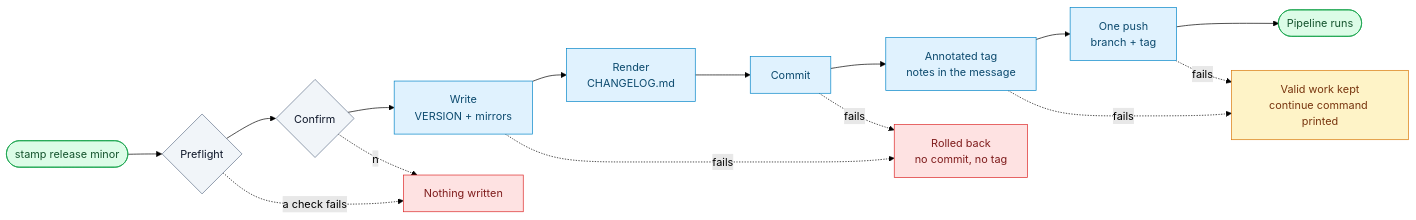
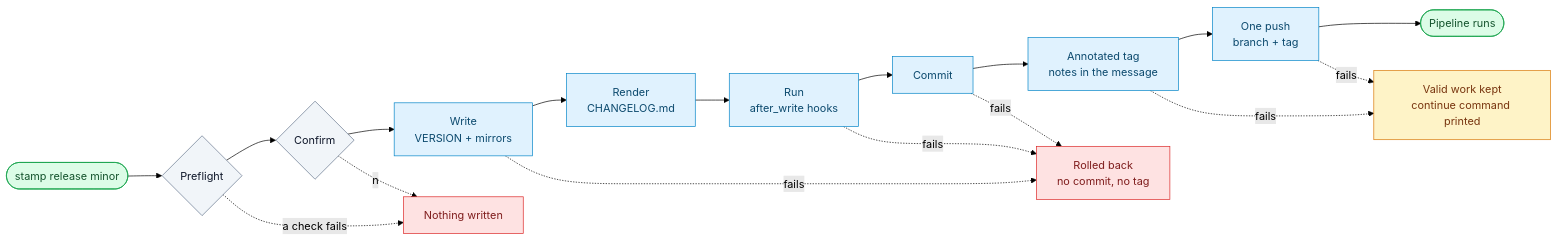
The first of 2 diagrams in README.md (p-arndt/stamp), drawn with Mermaid (forest theme) before and after one commit. The commit also changed other lines of this file and 10 other files, not shown here.

Commit message:
feat(config): run after_write hooks and commit what they change

````diff
--- a/README.md
+++ b/README.md
@@ -221,22 +221,23 @@
 ```mermaid
 flowchart LR
-    START(["stamp release minor"]) --> PF{"Preflight"} --> ASK{"Confirm"} --> WRITE["Write<br/>VERSION + mirrors"] --> CL["Render<br/>CHANGELOG.md"] --> COMMIT["Commit"] --> TAG["Annotated tag<br/>notes in the message"] --> PUSH["One push<br/>branch + tag"] --> CI(["Pipeline runs"])
+    START(["stamp release minor"]) --> PF{"Preflight"} --> ASK{"Confirm"} --> WRITE["Write<br/>VERSION + mirrors"] --> CL["Render<br/>CHANGELOG.md"] --> HOOKS["Run<br/>after_write hooks"] --> COMMIT["Commit"] --> TAG["Annotated tag<br/>notes in the message"] --> PUSH["One push<br/>branch + tag"] --> CI(["Pipeline runs"])
 
     PF -. "a check fails" .-> NOTHING["Nothing written"]
     ASK -. "n" .-> NOTHING
     WRITE -. "fails" .-> UNDO["Rolled back<br/>no commit, no tag"]
+    HOOKS -. "fails" .-> UNDO
     COMMIT -. "fails" .-> UNDO
     TAG -. "fails" .-> KEEP["Valid work kept<br/>continue command printed"]
     PUSH -. "fails" .-> KEEP
 
     classDef done fill:#dcfce7,stroke:#16a34a,color:#14532d
     classDef step fill:#e0f2fe,stroke:#0284c7,color:#0c4a6e
     classDef gate fill:#f1f5f9,stroke:#64748b,color:#0f172a
     classDef bad fill:#fee2e2,stroke:#dc2626,color:#7f1d1d
     classDef warn fill:#fef3c7,stroke:#d97706,color:#78350f
     class START,CI done
-    class WRITE,CL,COMMIT,TAG,PUSH step
+    class WRITE,CL,HOOKS,COMMIT,TAG,PUSH step
     class PF,ASK gate
     class NOTHING,UNDO bad
     class KEEP warn
 ```
````
